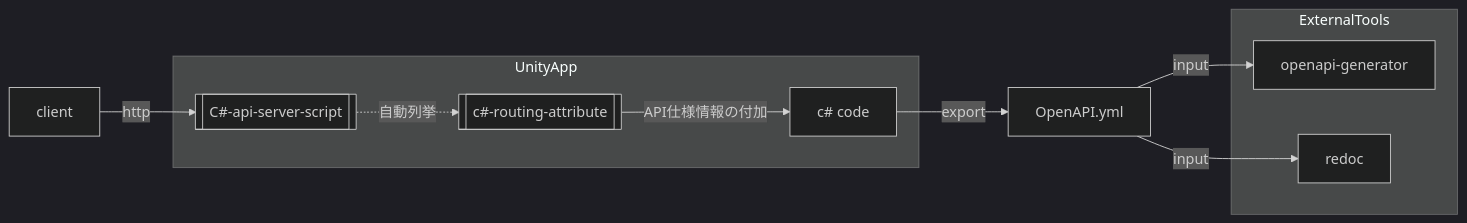
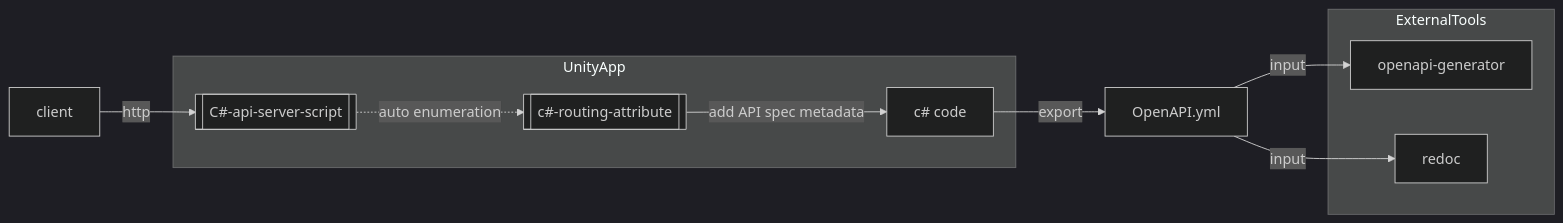
Before and after one commit to uisawara/usimplehttpserver: the diagram in README.md, drawn with Mermaid (dark theme). The commit also changed other lines of this file and 1 other file, not shown here.

````diff
--- a/README.md
+++ b/README.md
@@ -27,22 +28,22 @@
 ```mermaid
 graph LR
 
 subgraph UnityApp
 s
 c
 svr
 end
 
-s[[c#-routing-attribute]] -->|API仕様情報の付加| c[c# code] -->|export| o[OpenAPI.yml]
+s[[c#-routing-attribute]] -->|add API spec metadata| c[c# code] -->|export| o[OpenAPI.yml]
 o -->|input| og[openapi-generator]
 o -->|input| rd[redoc]
 
-svr[[C#-api-server-script]] -.->|自動列挙| s
+svr[[C#-api-server-script]] -.->|auto enumeration| s
 
 client -->|http| svr
 
 subgraph ExternalTools
 og
 rd
 end
 ```
````
